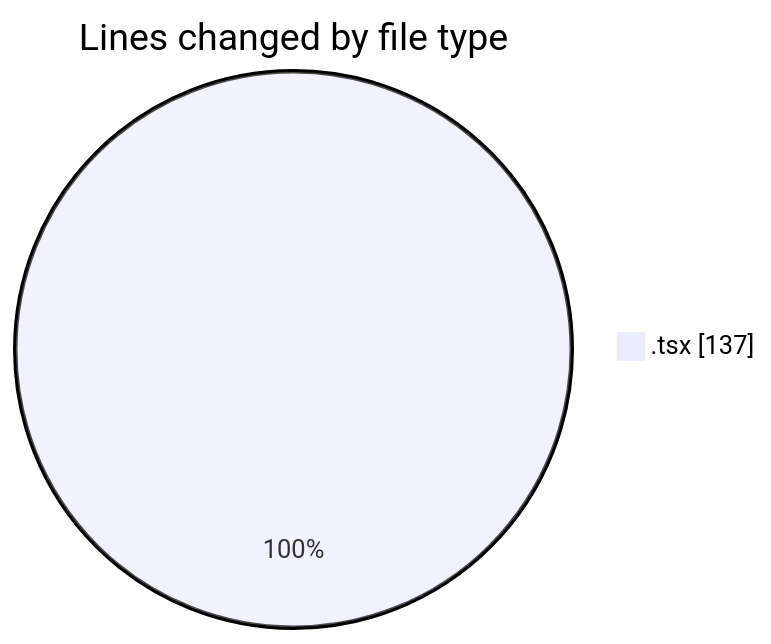
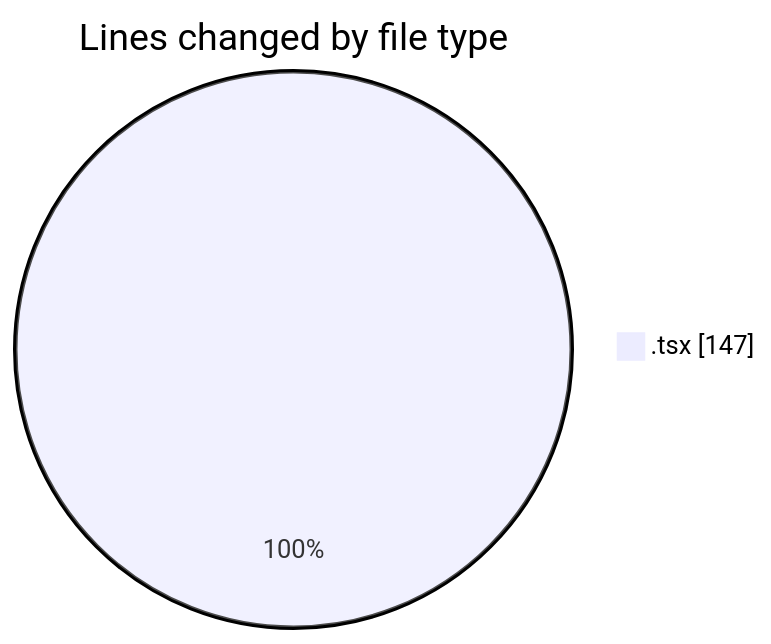
The first of 2 diagrams in 2025-08-04/tw-server/README.md (EIIisD/code-tracking), drawn with Mermaid before and after one commit. The commit also changed other lines of this file and 1 other file, not shown here.

````diff
--- a/2025-08-04/tw-server/README.md
+++ b/2025-08-04/tw-server/README.md
@@ -21,5 +21,5 @@
 ```mermaid
 pie showData
 title Lines changed by file type
-".tsx" : 137
+".tsx" : 147
 ```
````
